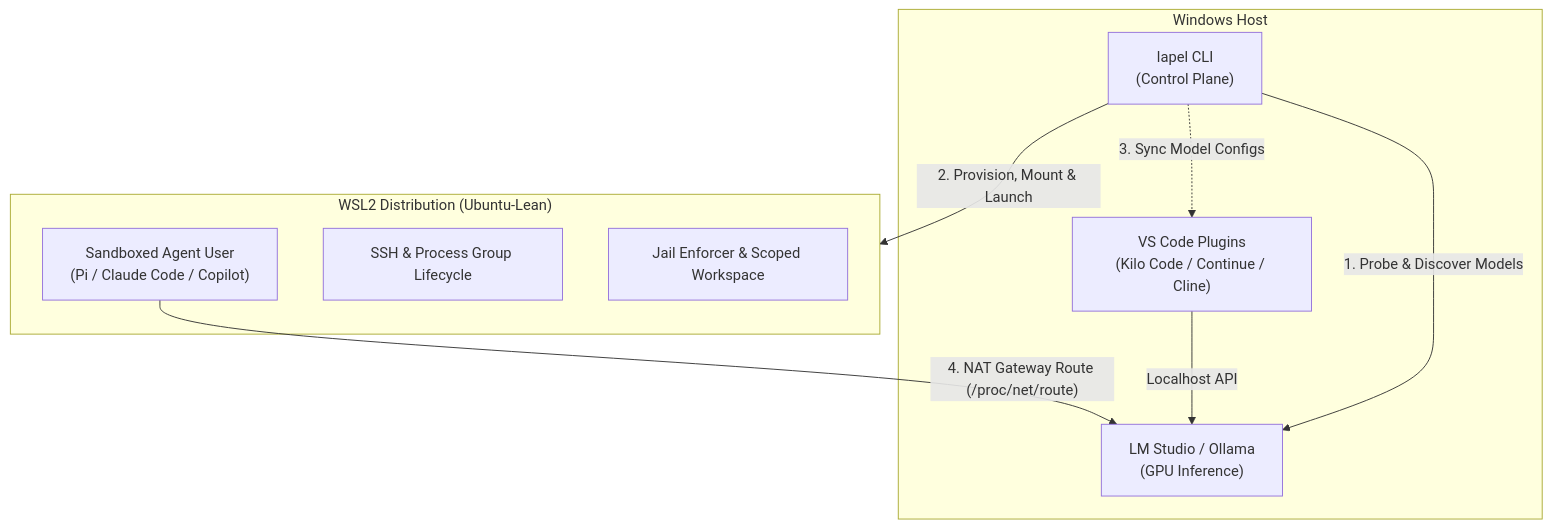
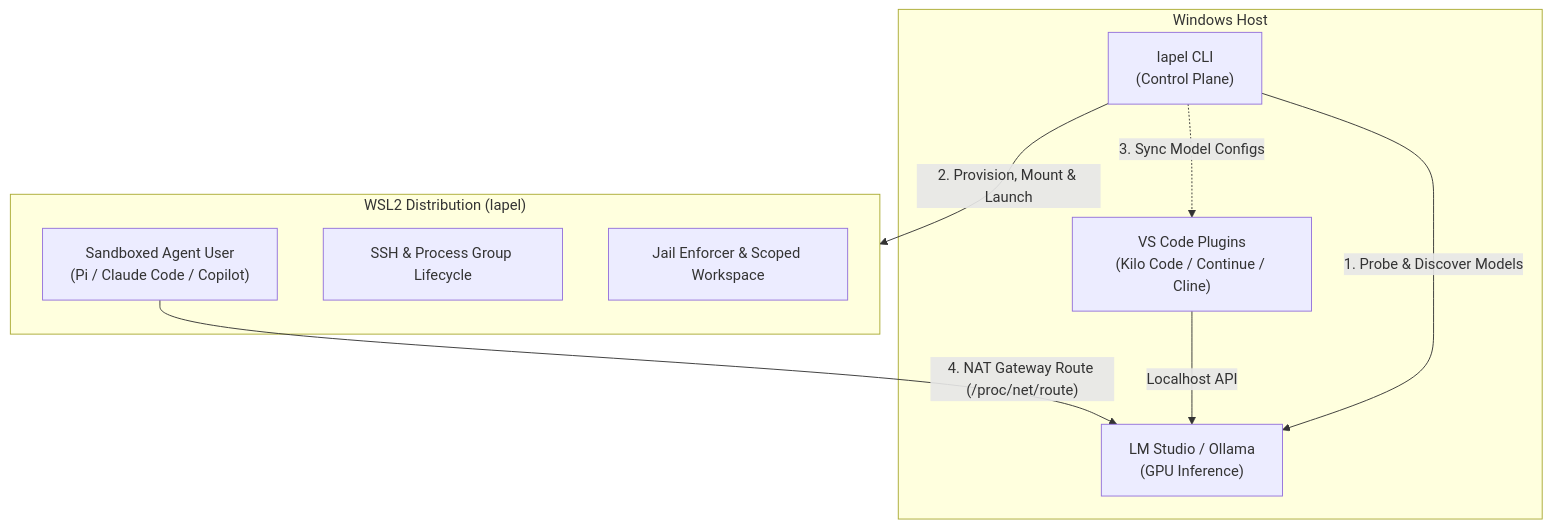
Before and after one commit to kurtisnotcurtis/lapel: the diagram in docs/FEATURES.md, drawn with Mermaid. The commit also changed other lines of this file and 28 other files, not shown here.

Commit message:
feat(wsl): name default distro lapel, persist VHDX in LocalAppData, and add shell/Windows Terminal styling

````diff
--- a/docs/FEATURES.md
+++ b/docs/FEATURES.md
@@ -164,20 +173,20 @@
 ```mermaid
 graph TD
     subgraph WindowsHost["Windows Host"]
         A["LM Studio / Ollama<br/>(GPU Inference)"]
         C["lapel CLI<br/>(Control Plane)"]
         V["VS Code Plugins<br/>(Kilo Code / Continue / Cline)"]
     end
 
-    subgraph WSL2Dist["WSL2 Distribution (Ubuntu-Lean)"]
+    subgraph WSL2Dist["WSL2 Distribution (lapel)"]
         D["Sandboxed Agent User<br/>(Pi / Claude Code / Copilot)"]
         E["SSH & Process Group Lifecycle"]
         F["Jail Enforcer & Scoped Workspace"]
     end
 
     C -->|"1. Probe & Discover Models"| A
     C -->|"2. Provision, Mount & Launch"| WSL2Dist
     C -.->|"3. Sync Model Configs"| V
     D -->|"4. NAT Gateway Route (/proc/net/route)"| A
     V -->|"Localhost API"| A
 ```
````
